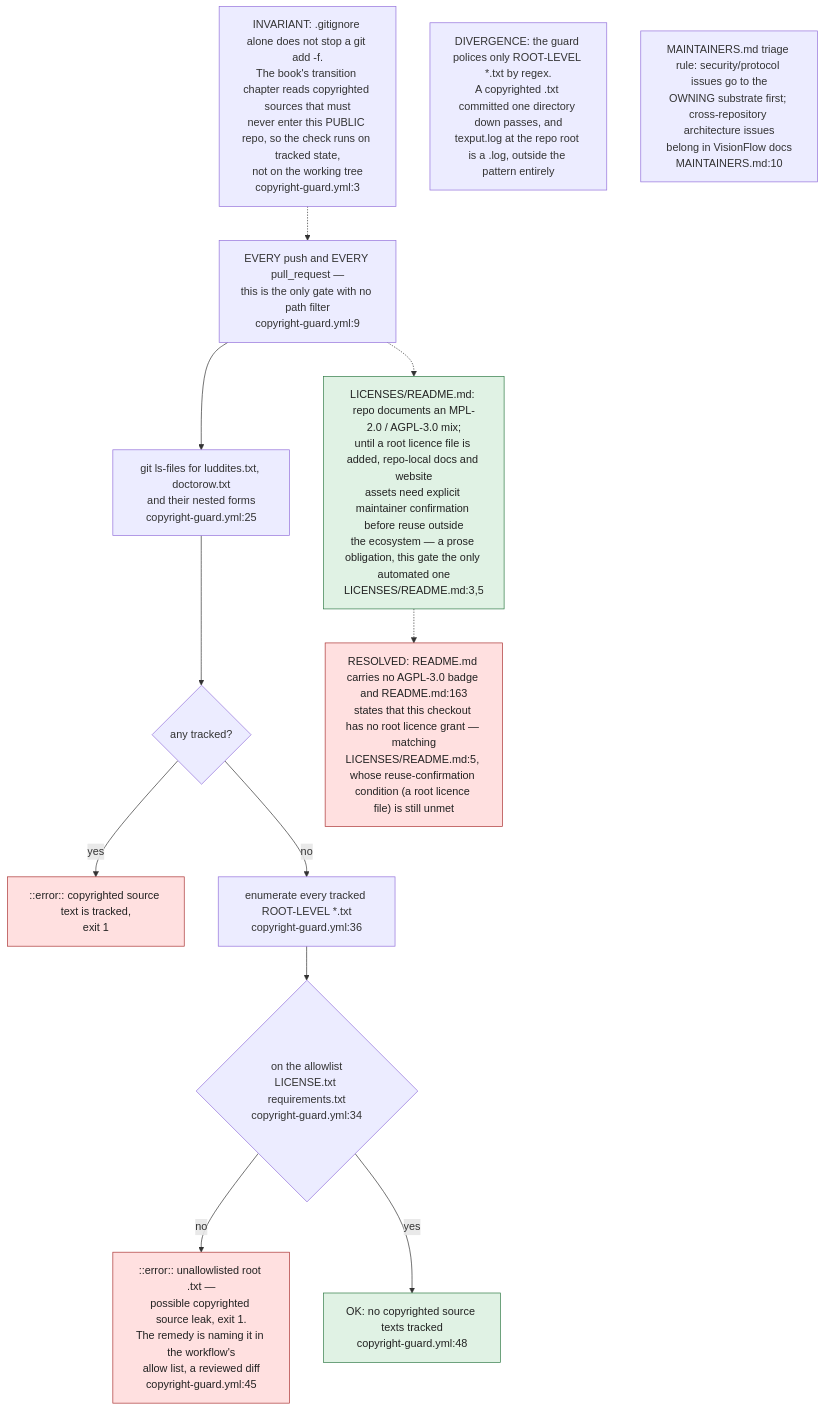
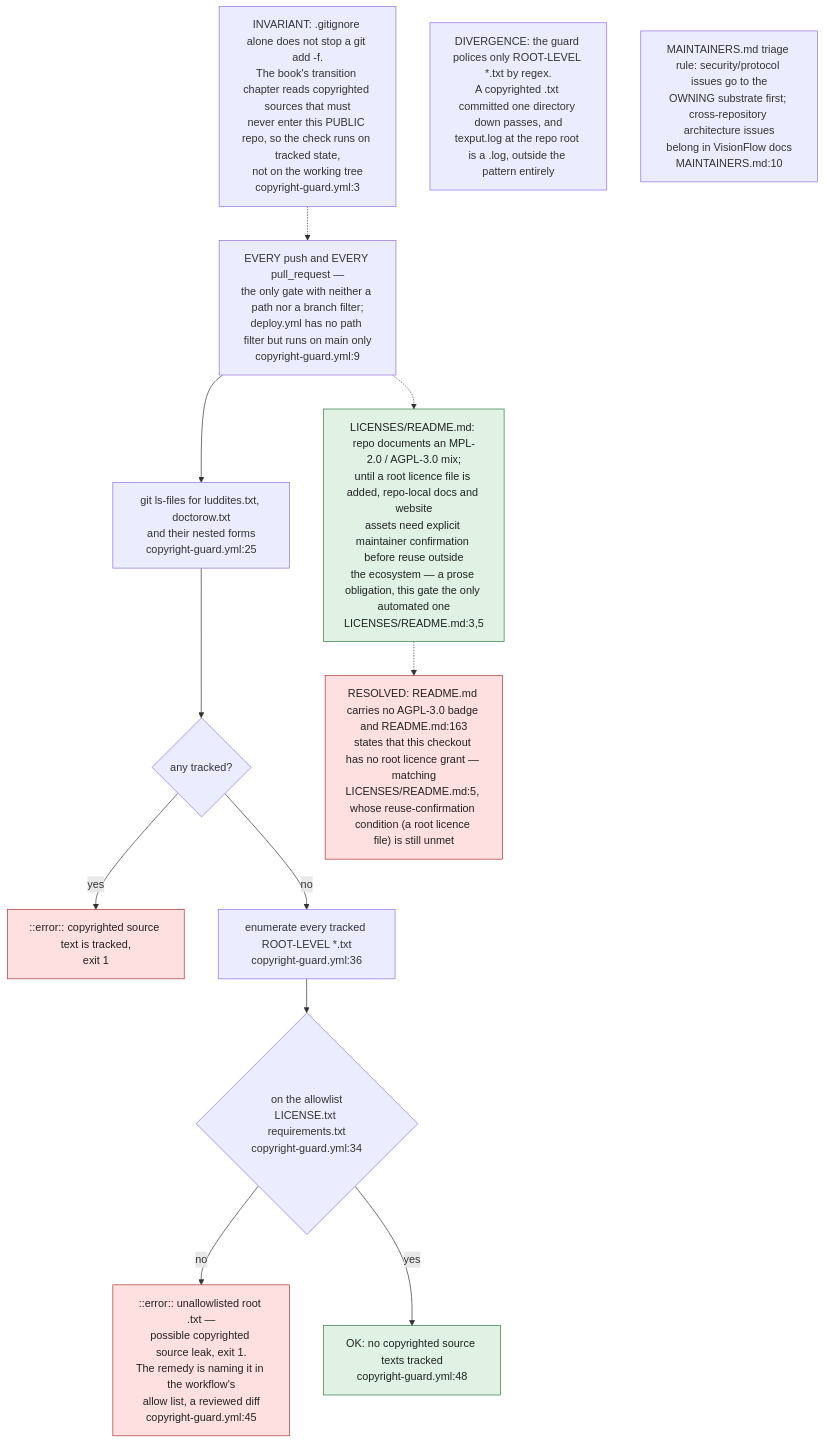
The ninth of 13 diagrams in docs/diagrams/visionflow/05-governance-gates.md (DreamLab-AI/VisionFlow), drawn with Mermaid before and after one commit. The commit also changed other lines of this file and 91 other files, not shown here.

````diff
--- a/docs/diagrams/visionflow/05-governance-gates.md
+++ b/docs/diagrams/visionflow/05-governance-gates.md
@@ -399,26 +405,26 @@
 ```mermaid
 flowchart TB
     classDef block fill:#ffe0e0,stroke:#aa3333,color:#222
     classDef ok fill:#e0f2e4,stroke:#2f7a45,color:#222
 
-    T["EVERY push and EVERY pull_request —<br/>this is the only gate with no path filter<br/>copyright-guard.yml:9"] --> S1
+    T["EVERY push and EVERY pull_request —<br/>the only gate with neither a path nor a branch filter;<br/>deploy.yml has no path filter but runs on main only<br/>copyright-guard.yml:9"] --> S1
 
     S1["git ls-files for luddites.txt, doctorow.txt<br/>and their nested forms<br/>copyright-guard.yml:25"] --> Q1{"any tracked?"}
     Q1 -->|yes| F1["::error:: copyrighted source text is tracked,<br/>exit 1"]:::block
     Q1 -->|no| S2["enumerate every tracked ROOT-LEVEL *.txt<br/>copyright-guard.yml:36"]
 
     S2 --> Q2{"on the allowlist<br/>LICENSE.txt requirements.txt<br/>copyright-guard.yml:34"}
     Q2 -->|no| F2["::error:: unallowlisted root .txt —<br/>possible copyrighted source leak, exit 1.<br/>The remedy is naming it in the workflow's<br/>allow list, a reviewed diff<br/>copyright-guard.yml:45"]:::block
     Q2 -->|yes| PASS["OK: no copyrighted source texts tracked<br/>copyright-guard.yml:48"]:::ok
 
     WHY["INVARIANT: .gitignore alone does not stop a git add -f.<br/>The book's transition chapter reads copyrighted sources that must<br/>never enter this PUBLIC repo, so the check runs on tracked state,<br/>not on the working tree<br/>copyright-guard.yml:3"]
     WHY -.-> T
 
     NOTE["DIVERGENCE: the guard polices only ROOT-LEVEL *.txt by regex.<br/>A copyrighted .txt committed one directory down passes, and<br/>texput.log at the repo root is a .log, outside the pattern entirely"]
 
     LICN["LICENSES/README.md: repo documents an MPL-2.0 / AGPL-3.0 mix;<br/>until a root licence file is added, repo-local docs and website<br/>assets need explicit maintainer confirmation before reuse outside<br/>the ecosystem — a prose obligation, this gate the only automated one<br/>LICENSES/README.md:3,5"]:::ok
     MNTN["MAINTAINERS.md triage rule: security/protocol issues go to the<br/>OWNING substrate first; cross-repository architecture issues<br/>belong in VisionFlow docs<br/>MAINTAINERS.md:10"]
     DIVL["RESOLVED: README.md carries no AGPL-3.0 badge and README.md:163<br/>states that this checkout has no root licence grant — matching<br/>LICENSES/README.md:5, whose reuse-confirmation condition (a root licence file) is still unmet"]:::block
     T -.-> LICN
     LICN -.-> DIVL
 ```
````
